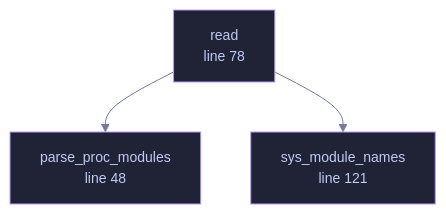
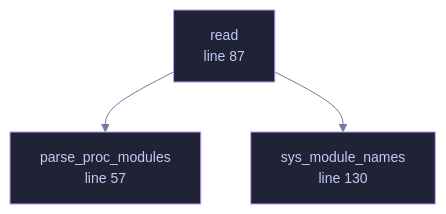
The diagram in wiki/File-veilvoice-drivers-linux.md (tilas01/veilvoice), drawn with Mermaid before and after one commit. The commit also changed other lines of this file and 487 other files, not shown here.

````diff
--- a/wiki/File-veilvoice-drivers-linux.md
+++ b/wiki/File-veilvoice-drivers-linux.md
@@ -68,14 +78,14 @@
 ```mermaid
 %%{init: {"theme":"base","themeVariables":{"background":"#1a1b26","primaryColor":"#1f2335","primaryTextColor":"#c0caf5","primaryBorderColor":"#7aa2f7","secondaryColor":"#16161e","tertiaryColor":"#16161e","lineColor":"#737aa2","textColor":"#c0caf5","mainBkg":"#1f2335","nodeBorder":"#7aa2f7","clusterBkg":"#16161e","clusterBorder":"#2f3549","fontFamily":"ui-monospace, SFMono-Regular, Consolas, monospace","fontSize":"14px"}}}%%
 flowchart TD
-    n_parse_proc_modules["parse_proc_modules<br/>line 48"]
-    n_read["read<br/>line 78"]
-    n_sys_module_names["sys_module_names<br/>line 121"]
+    n_parse_proc_modules["parse_proc_modules<br/>line 57"]
+    n_read["read<br/>line 87"]
+    n_sys_module_names["sys_module_names<br/>line 130"]
     n_read --> n_parse_proc_modules
     n_read --> n_sys_module_names
-    click n_parse_proc_modules href "https://github.com/tilas01/veilvoice/blob/main/crates/veilvoice-drivers/src/linux.rs#L48" "open the source"
-    click n_read href "https://github.com/tilas01/veilvoice/blob/main/crates/veilvoice-drivers/src/linux.rs#L78" "open the source"
-    click n_sys_module_names href "https://github.com/tilas01/veilvoice/blob/main/crates/veilvoice-drivers/src/linux.rs#L121" "open the source"
+    click n_parse_proc_modules href "https://github.com/tilas01/veilvoice/blob/main/crates/veilvoice-drivers/src/linux.rs#L57" "open the source"
+    click n_read href "https://github.com/tilas01/veilvoice/blob/main/crates/veilvoice-drivers/src/linux.rs#L87" "open the source"
+    click n_sys_module_names href "https://github.com/tilas01/veilvoice/blob/main/crates/veilvoice-drivers/src/linux.rs#L130" "open the source"
     classDef helper fill:#1f2335,stroke:#bb9af7,color:#c0caf5
     class n_parse_proc_modules,n_read,n_sys_module_names helper
 ```
````
